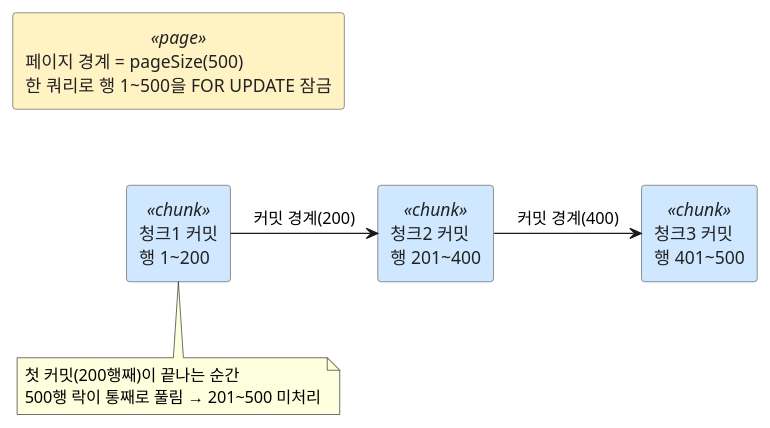
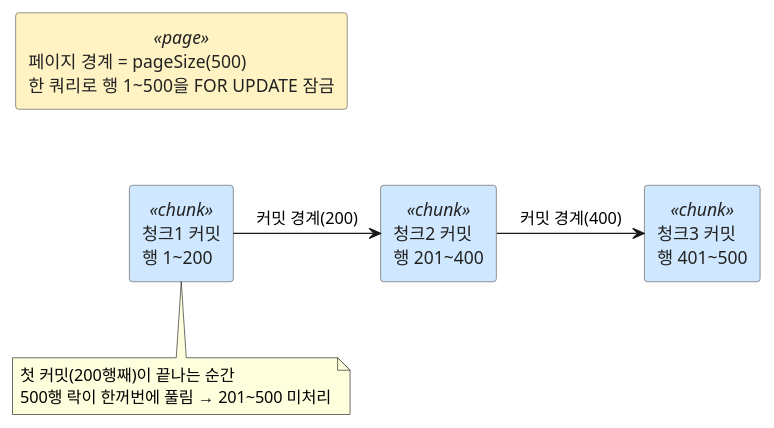
One commit to johnycho/johny-dev changed the second of 4 diagrams in blog/2026-07-07-spring-batch-custom-itemreader.mdx. Above: the diagram before and after it, drawn with PlantUML. The commit also changed other lines of this file and 86 other files, not shown here.

````diff
--- a/blog/2026-07-07-spring-batch-custom-itemreader.mdx
+++ b/blog/2026-07-07-spring-batch-custom-itemreader.mdx
@@ -164,20 +164,20 @@
 ```plantuml
 @startuml
 skinparam shadowing false
 skinparam DefaultFontName sans-serif
 skinparam rectangle {
   BackgroundColor<<page>> #FFF3C4
   BackgroundColor<<chunk>> #CFE8FF
   BorderColor #555
   FontColor #222
 }
 rectangle "페이지 경계 = pageSize(500)\n한 쿼리로 행 1~500을 FOR UPDATE 잠금" <<page>> as P
 rectangle "청크1 커밋\n행 1~200" <<chunk>> as C1
 rectangle "청크2 커밋\n행 201~400" <<chunk>> as C2
 rectangle "청크3 커밋\n행 401~500" <<chunk>> as C3
 P -[hidden]down- C1
 C1 -right-> C2 : 커밋 경계(200)
 C2 -right-> C3 : 커밋 경계(400)
-note bottom of C1 : 첫 커밋(200행째)이 끝나는 순간\n500행 락이 통째로 풀림 → 201~500 미처리
+note bottom of C1 : 첫 커밋(200행째)이 끝나는 순간\n500행 락이 한꺼번에 풀림 → 201~500 미처리
 @enduml
 ```
````
